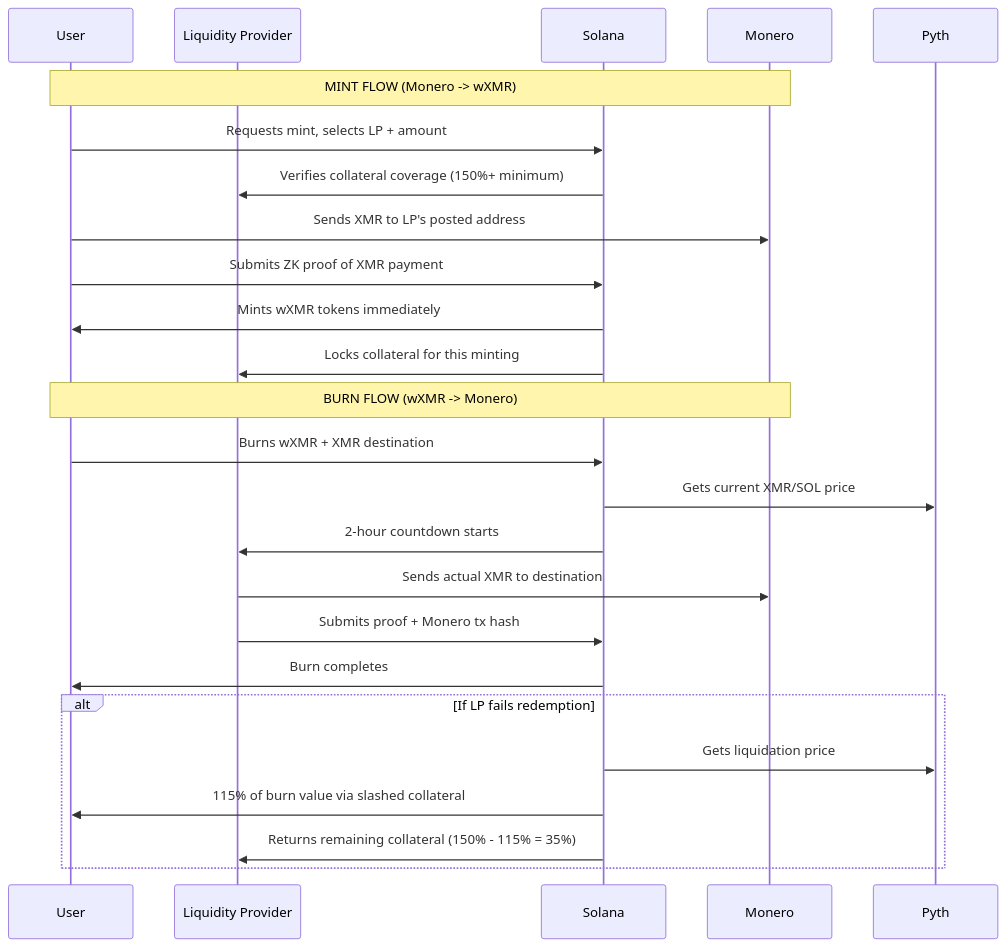
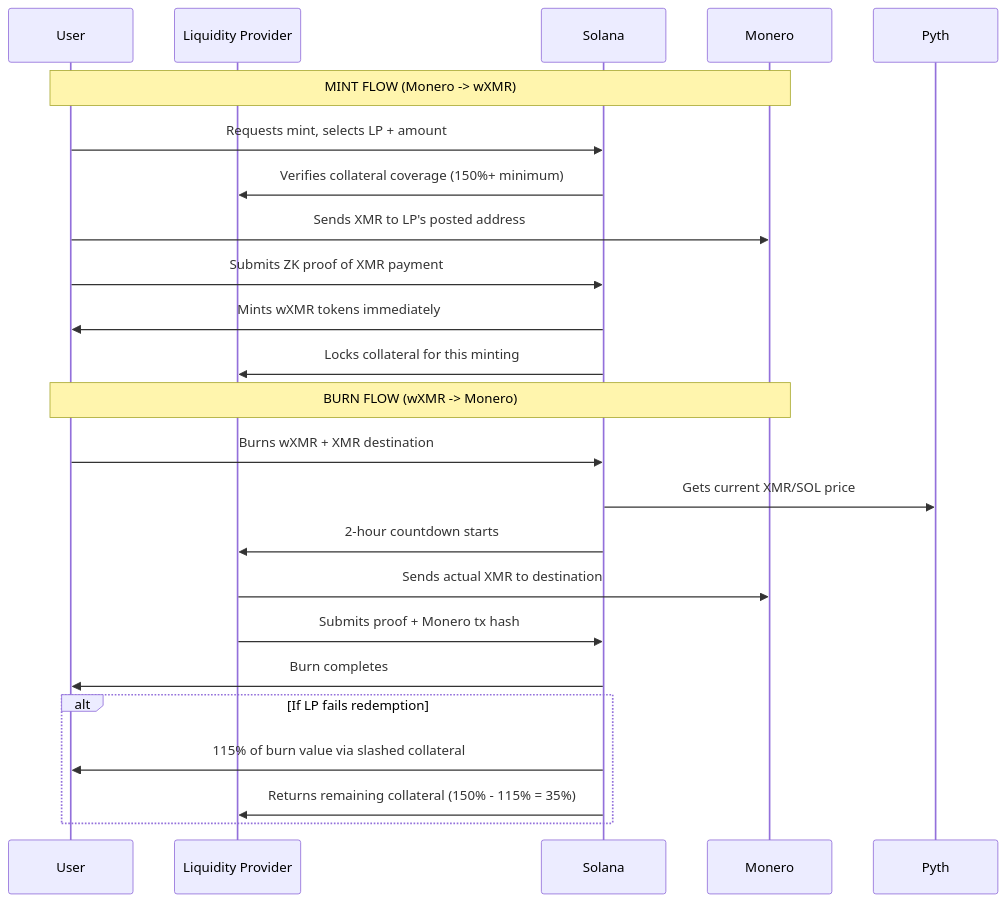
Before and after one commit to madschristensen99/fungerbil: the diagram in SYNTHWRAP.md, drawn with Mermaid.

Commit message:
Remove redundant Pyth oracle call in mermaid diagram
- Price already retrieved during burn initiation
- Streamlined LP failure path in mermaid flow
- Cleaner diagram representation of process,description=Clean up mermaid flow}

````diff
--- a/SYNTHWRAP.md
+++ b/SYNTHWRAP.md
@@ -34,30 +34,29 @@
 ```mermaid
 sequenceDiagram
     participant User
     participant LP as Liquidity Provider
     participant Solana
     participant Monero
     participant Pyth
 
     Note over User,Monero: MINT FLOW (Monero -> wXMR)
     User->>Solana: Requests mint, selects LP + amount
     Solana->>LP: Verifies collateral coverage (150%+ minimum)
     User->>Monero: Sends XMR to LP's posted address
     User->>Solana: Submits ZK proof of XMR payment
     Solana->>User: Mints wXMR tokens immediately
     Solana->>LP: Locks collateral for this minting
 
     Note over User,Monero: BURN FLOW (wXMR -> Monero)
     User->>Solana: Burns wXMR + XMR destination
     Solana->>Pyth: Gets current XMR/SOL price
     Solana->>LP: 2-hour countdown starts
     LP->>Monero: Sends actual XMR to destination
     LP->>Solana: Submits proof + Monero tx hash
     Solana->>User: Burn completes
     
     alt If LP fails redemption
-        Solana->>Pyth: Gets liquidation price
         Solana->>User: 115% of burn value via slashed collateral
         Solana->>LP: Returns remaining collateral (150% - 115% = 35%)
     end
 ```
````
